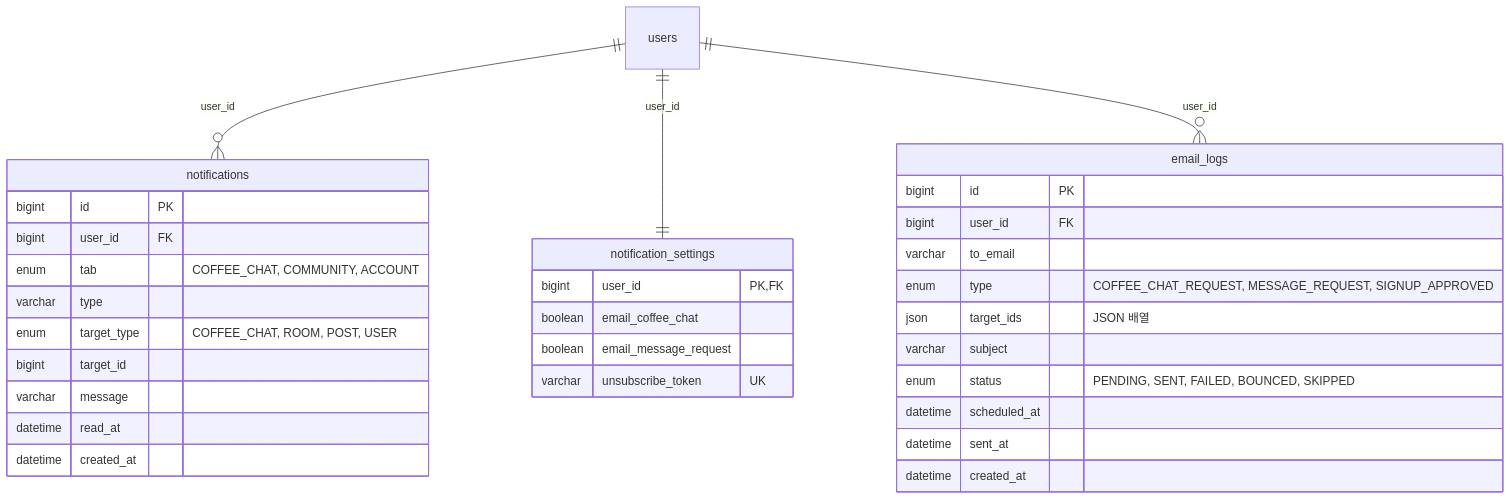
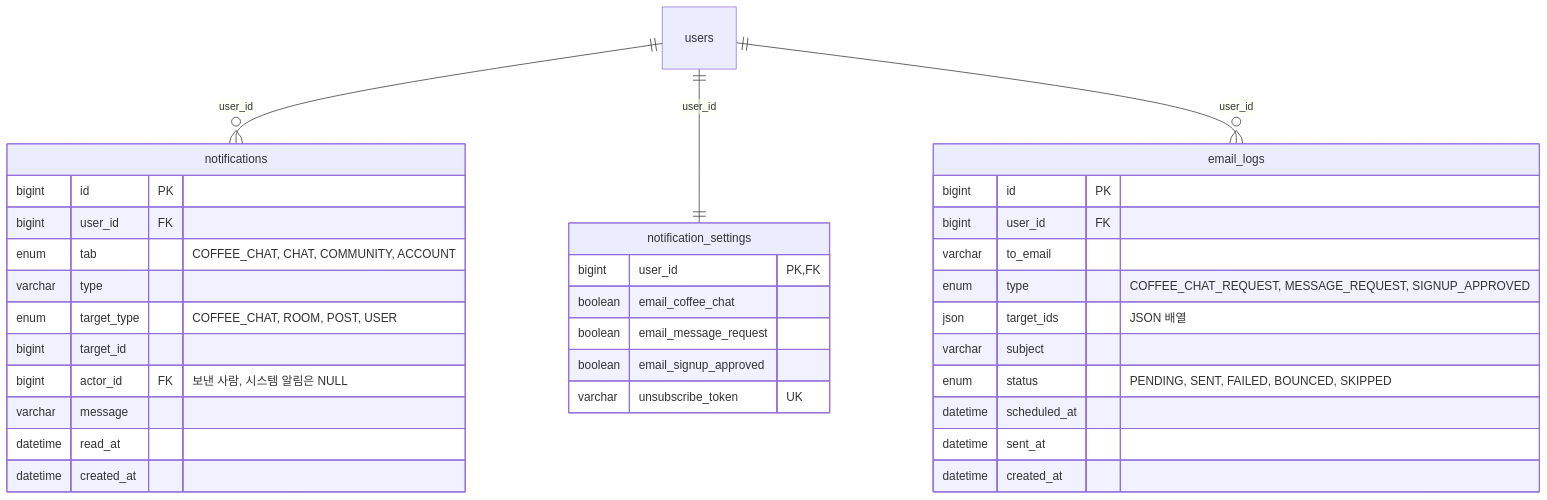
One commit to ChungangHackathon/lion_link changed the fifth of 5 diagrams in docs/erd.md. Above: the diagram before and after it, drawn with Mermaid. The commit also changed other lines of this file and 1 other file, not shown here.

Commit message:
[docs] 알림 명세 추가

````diff
--- a/docs/erd.md
+++ b/docs/erd.md
@@ -439,35 +439,37 @@
 ```mermaid
 erDiagram
   users ||--o{ notifications : "user_id"
   users ||--|| notification_settings : "user_id"
   users ||--o{ email_logs : "user_id"
   notifications {
     bigint id PK
     bigint user_id FK
-    enum tab "COFFEE_CHAT, COMMUNITY, ACCOUNT"
+    enum tab "COFFEE_CHAT, CHAT, COMMUNITY, ACCOUNT"
     varchar type
     enum target_type "COFFEE_CHAT, ROOM, POST, USER"
     bigint target_id
+    bigint actor_id FK "보낸 사람, 시스템 알림은 NULL"
     varchar message
     datetime read_at
     datetime created_at
   }
   notification_settings {
     bigint user_id PK,FK
     boolean email_coffee_chat
     boolean email_message_request
+    boolean email_signup_approved
     varchar unsubscribe_token UK
   }
   email_logs {
     bigint id PK
     bigint user_id FK
     varchar to_email
     enum type "COFFEE_CHAT_REQUEST, MESSAGE_REQUEST, SIGNUP_APPROVED"
     json target_ids "JSON 배열"
     varchar subject
     enum status "PENDING, SENT, FAILED, BOUNCED, SKIPPED"
     datetime scheduled_at
     datetime sent_at
     datetime created_at
   }
 ```
````
